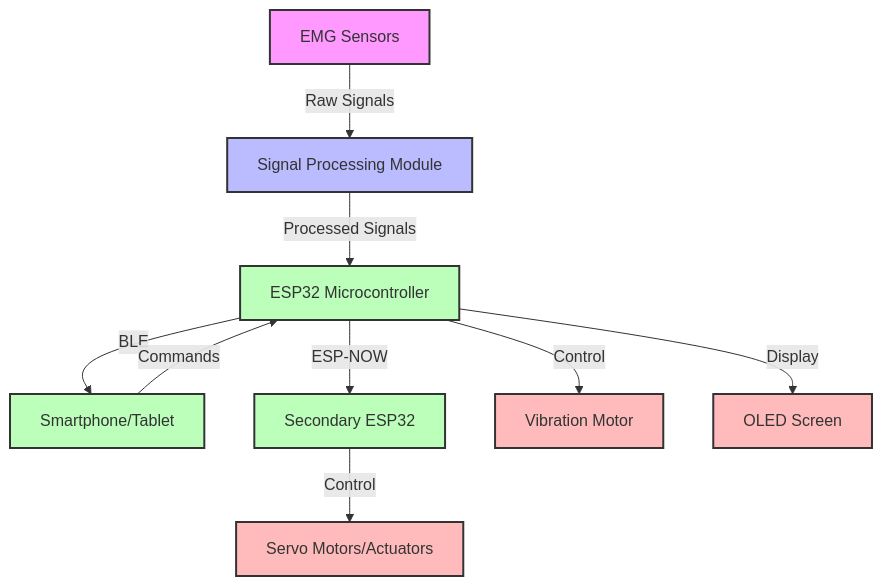
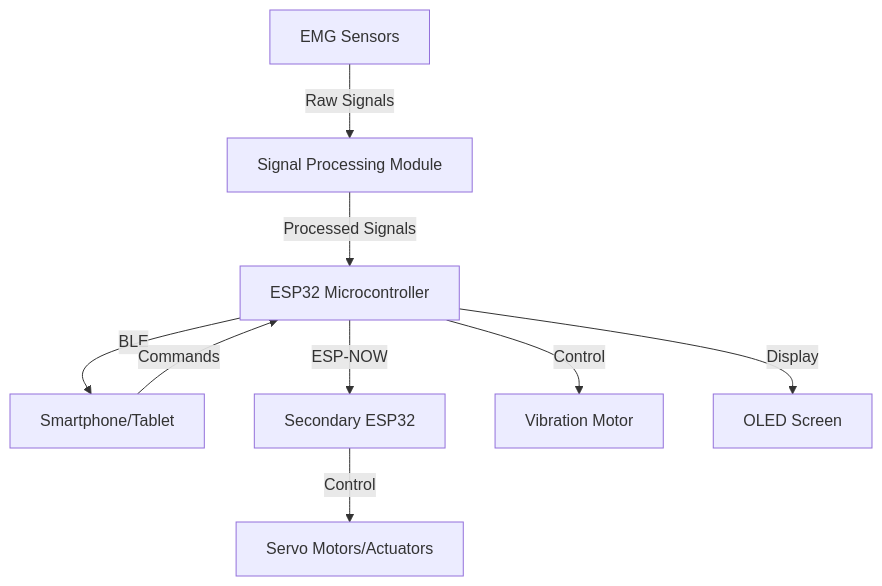
Before and after one commit to CLoaKY233/epics-prosthetic-hand: the first of 3 diagrams in Readme.md, drawn with Mermaid. The commit also changed other lines of this file, not shown here.

````diff
--- a/Readme.md
+++ b/Readme.md
@@ -17,21 +17,18 @@
 ```mermaid
 graph TD
     A[EMG Sensors] -->|Raw Signals| B[Signal Processing Module]
     B -->|Processed Signals| C[ESP32 Microcontroller]
     C -->|BLE| D[Smartphone/Tablet]
     D -->|Commands| C
     C -->|ESP-NOW| E[Secondary ESP32]
     C -->|Control| F[Vibration Motor]
     C -->|Display| G[OLED Screen]
     E -->|Control| H[Servo Motors/Actuators]
     
-    classDef sensors fill:#f9f,stroke:#333,stroke-width:2px;
-    classDef processing fill:#bbf,stroke:#333,stroke-width:2px;
-    classDef controllers fill:#bfb,stroke:#333,stroke-width:2px;
-    classDef output fill:#fbb,stroke:#333,stroke-width:2px;
+    
     
     class A sensors;
     class B processing;
     class C,D,E controllers;
     class F,G,H output;
 ```
````
